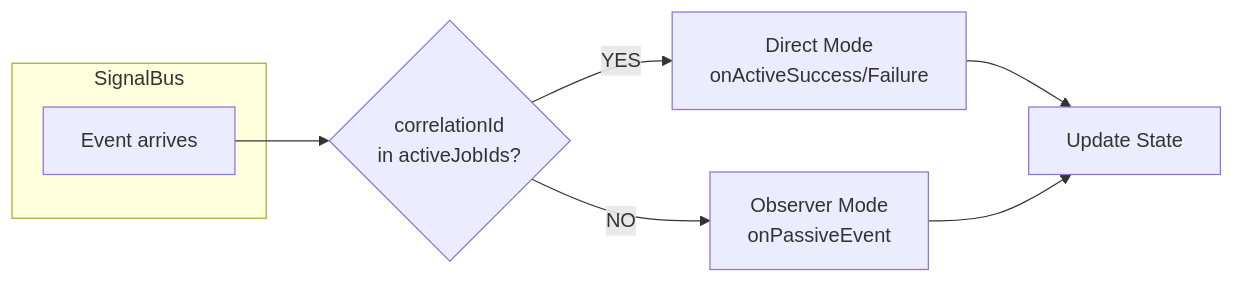
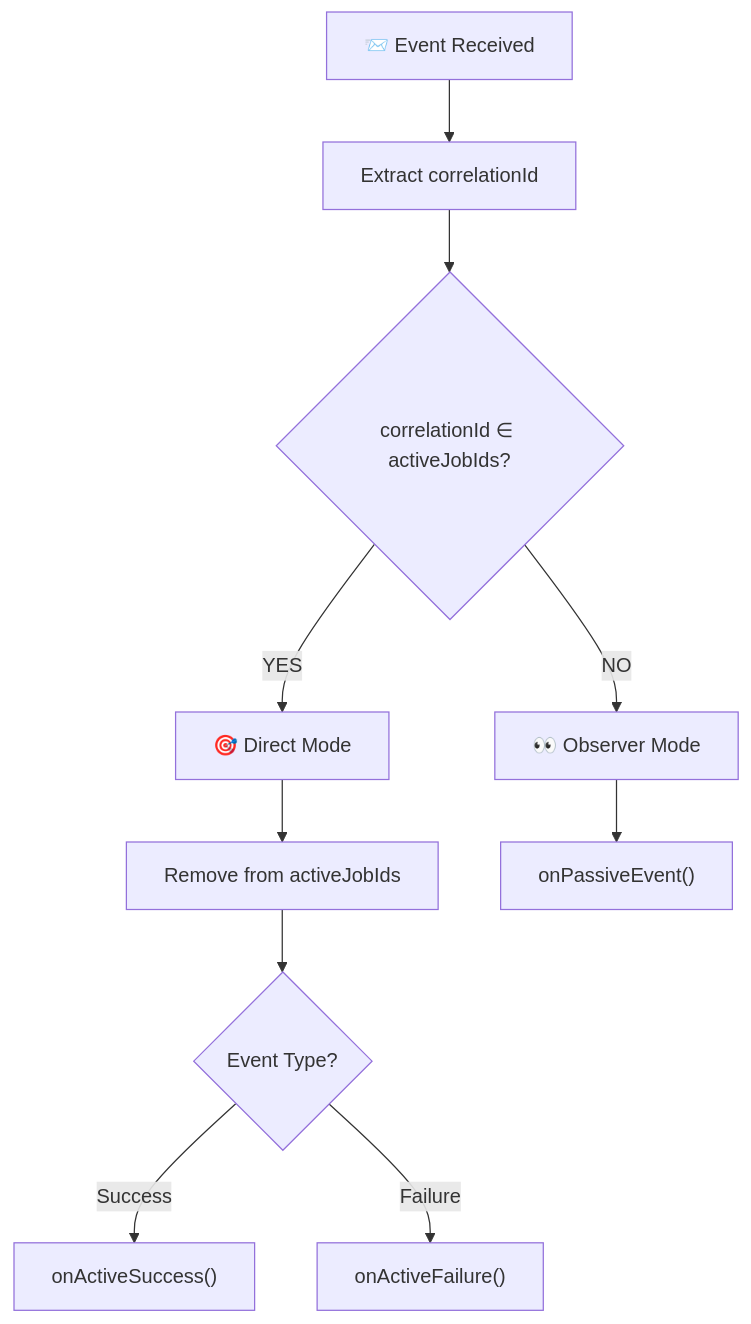
Before and after one commit to lploc94/flutter_orchestrator: the ninth of 13 diagrams in book/chapters/03_core_implementation.md, drawn with Mermaid. The commit also changed other lines of this file and 7 other files, not shown here.

First line of the commit message:
refactor(book): restructure with philosophy focus and mermaid diagrams

````diff
--- a/book/chapters/03_core_implementation.md
+++ b/book/chapters/03_core_implementation.md
@@ -209,13 +207,15 @@
 ```mermaid
-flowchart LR
-    subgraph SignalBus
-        Event[Event arrives]
-    end
+flowchart TD
+    Event["📨 Event Received"] --> Extract["Extract correlationId"]
+    Extract --> Check{"correlationId ∈ activeJobIds?"}
     
-    Event --> Check{correlationId<br/>in activeJobIds?}
-    Check --> |YES| Active["Direct Mode<br/>onActiveSuccess/Failure"]
-    Check --> |NO| Passive["Observer Mode<br/>onPassiveEvent"]
+    Check -->|"YES"| Direct["🎯 Direct Mode"]
+    Check -->|"NO"| Observer["👀 Observer Mode"]
     
-    Active --> UpdateState[Update State]
-    Passive --> UpdateState
+    Direct --> Remove["Remove from activeJobIds"]
+    Remove --> TypeCheck{"Event Type?"}
+    TypeCheck -->|"Success"| OnSuccess["onActiveSuccess()"]
+    TypeCheck -->|"Failure"| OnFailure["onActiveFailure()"]
+    
+    Observer --> OnPassive["onPassiveEvent()"]
 ```
````
